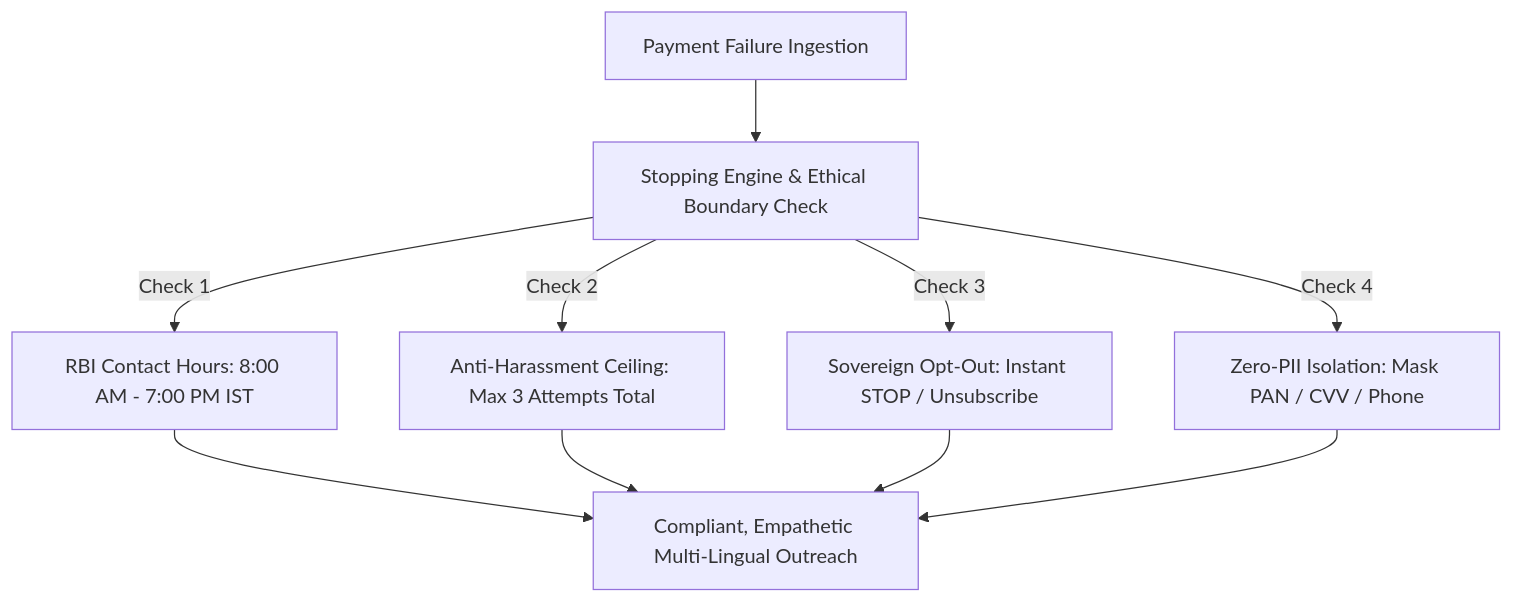
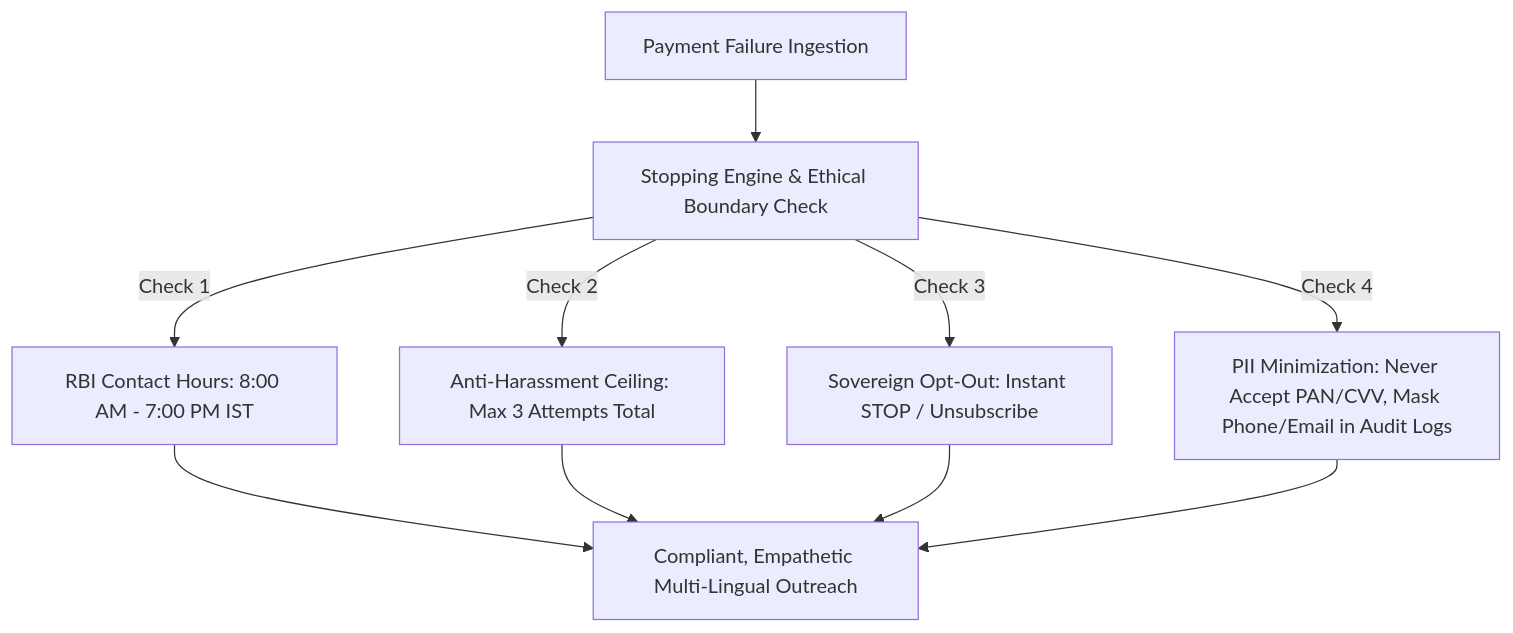
The diagram in docs/ETHICAL_AI_FRAMEWORK.md (archittmittal/Recover-AI), drawn with Mermaid before and after one commit. The commit also changed other lines of this file and 9 other files, not shown here.

````diff
--- a/docs/ETHICAL_AI_FRAMEWORK.md
+++ b/docs/ETHICAL_AI_FRAMEWORK.md
@@ -13,14 +13,14 @@
 ```mermaid
 graph TD
     A["Payment Failure Ingestion"] --> B["Stopping Engine & Ethical Boundary Check"]
     
     B -->|Check 1| C["RBI Contact Hours: 8:00 AM - 7:00 PM IST"]
     B -->|Check 2| D["Anti-Harassment Ceiling: Max 3 Attempts Total"]
     B -->|Check 3| E["Sovereign Opt-Out: Instant STOP / Unsubscribe"]
-    B -->|Check 4| F["Zero-PII Isolation: Mask PAN / CVV / Phone"]
+    B -->|Check 4| F["PII Minimization: Never Accept PAN/CVV, Mask Phone/Email in Audit Logs"]
     
     C --> G["Compliant, Empathetic Multi-Lingual Outreach"]
     D --> G
     E --> G
     F --> G
 ```
````
